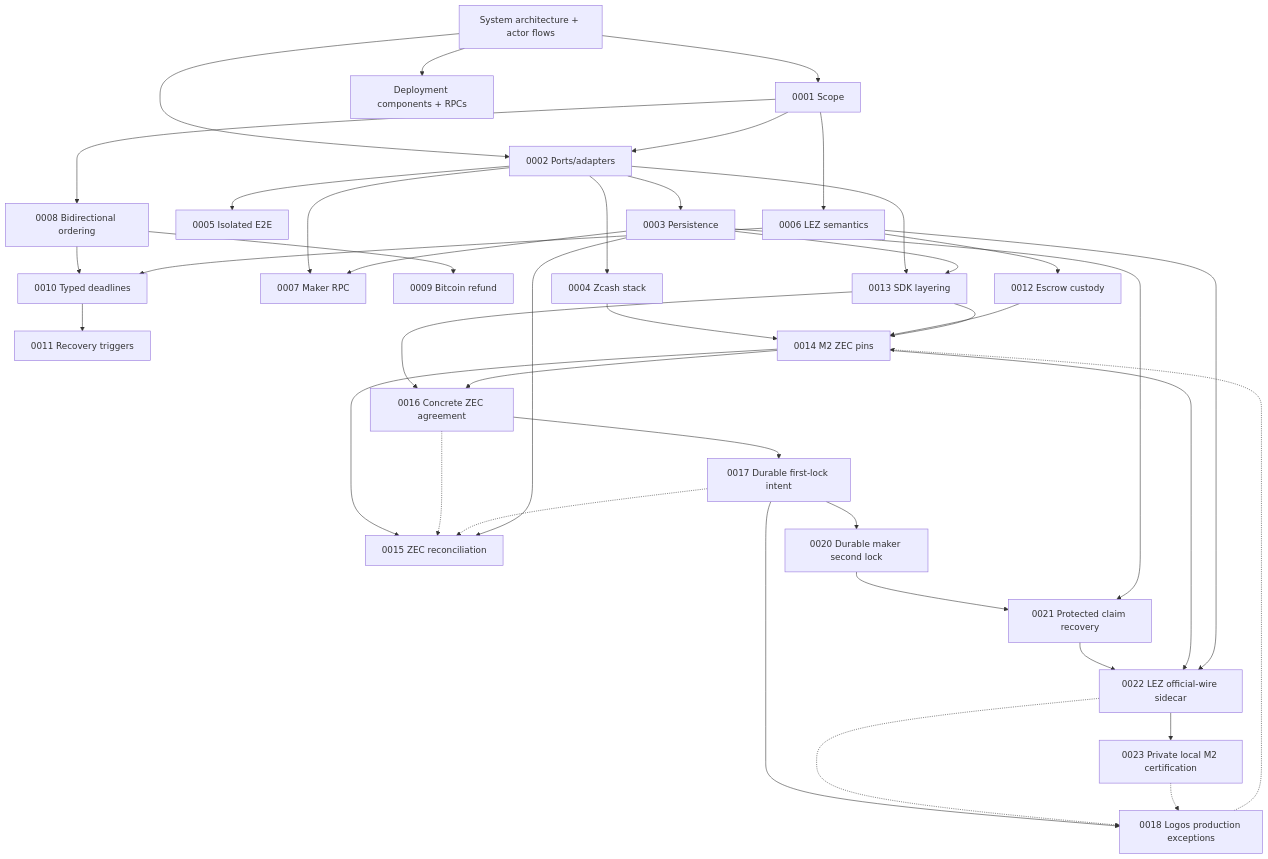
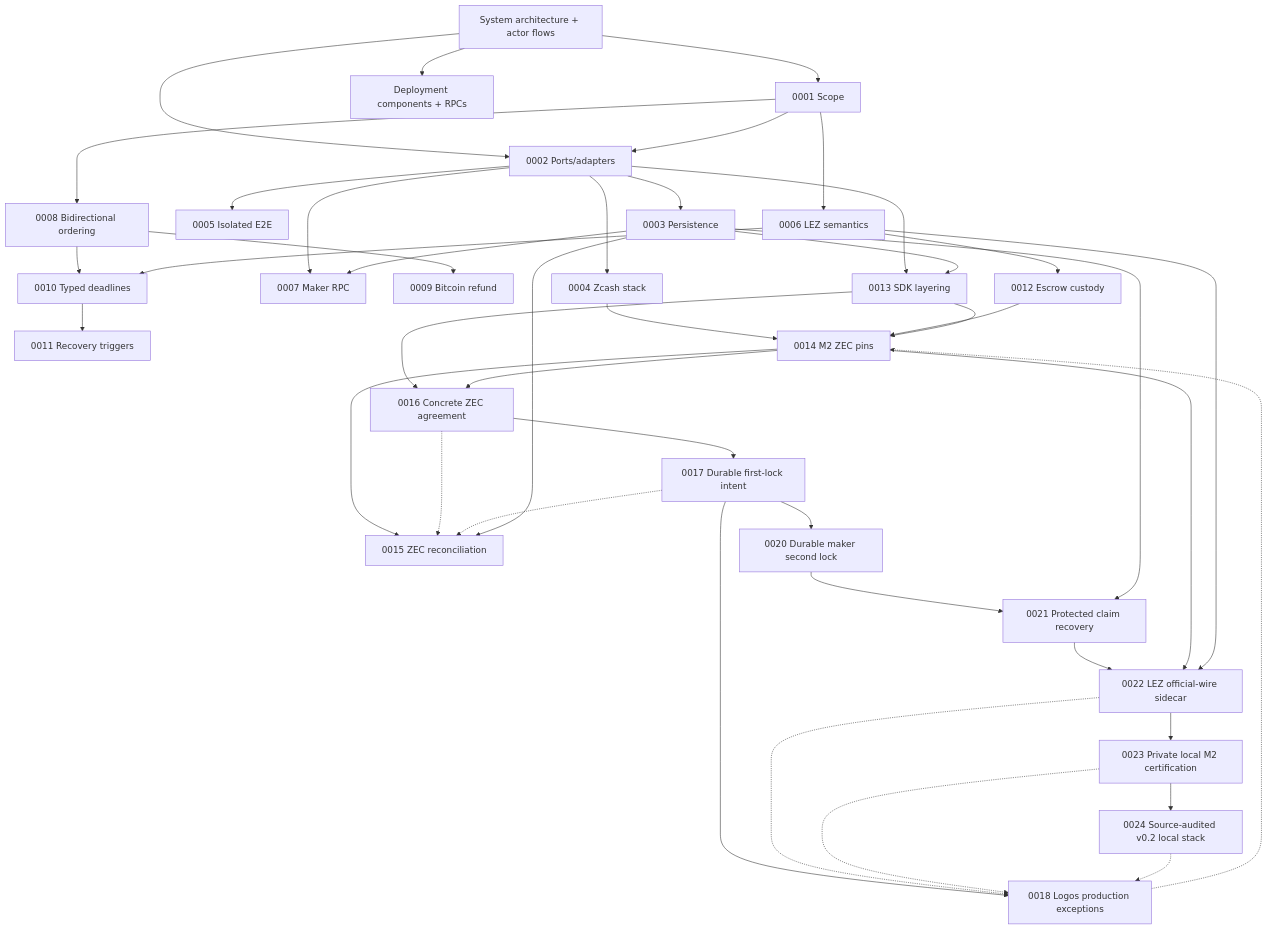
One commit to gateway-fm/lez-atomic-swaps changed the diagram in docs/architecture/README.md. Above: the diagram before and after it, drawn with Mermaid. The commit also changed other lines of this file and 13 other files, not shown here.

Commit message:
build: attest LEZ v0.2 local stack inputs

````diff
--- a/docs/architecture/README.md
+++ b/docs/architecture/README.md
@@ -25,42 +25,44 @@
 ```mermaid
 flowchart TB
     System["System architecture + actor flows"] --> Scope["0001 Scope"]
     System --> Deployment["Deployment components + RPCs"]
     System --> Ports["0002 Ports/adapters"]
     Scope --> Ports
     Ports --> Persistence["0003 Persistence"]
     Ports --> Zcash["0004 Zcash stack"]
     Ports --> Docker["0005 Isolated E2E"]
     Scope --> LEZ["0006 LEZ semantics"]
     Ports --> RPC["0007 Maker RPC"]
     Scope --> Direction["0008 Bidirectional ordering"]
     Direction --> Bitcoin["0009 Bitcoin refund"]
     Direction --> Deadlines["0010 Typed deadlines"]
     LEZ --> Deadlines
     Deadlines --> Recovery["0011 Recovery triggers"]
     LEZ --> Custody["0012 Escrow custody"]
     Ports --> SDK["0013 SDK layering"]
     Zcash --> ZecPins["0014 M2 ZEC pins"]
     Custody --> ZecPins
     SDK --> ZecPins
     ZecPins --> ZecReconcile["0015 ZEC reconciliation"]
     SDK --> Agreement["0016 Concrete ZEC agreement"]
     Agreement --> FirstLock["0017 Durable first-lock intent"]
     FirstLock --> MakerLock["0020 Durable maker second lock"]
     MakerLock --> ClaimRecovery["0021 Protected claim recovery"]
     ClaimRecovery --> LezSidecar["0022 LEZ official-wire sidecar"]
     LezSidecar --> LocalM2["0023 Private local M2 certification"]
+    LocalM2 --> LocalStack["0024 Source-audited v0.2 local stack"]
     ZecPins --> LezSidecar
     LEZ --> LezSidecar
     ZecPins --> Agreement
     Agreement -.-> ZecReconcile
     FirstLock -.-> ZecReconcile
     FirstLock --> Upstream["0018 Logos production exceptions"]
     Upstream -.-> ZecPins
     Persistence --> ZecReconcile
     Persistence --> SDK
     Persistence --> RPC
     Persistence --> ClaimRecovery
     LezSidecar -.-> Upstream
     LocalM2 -.-> Upstream
+    LocalStack -.-> Upstream
 ```
````
